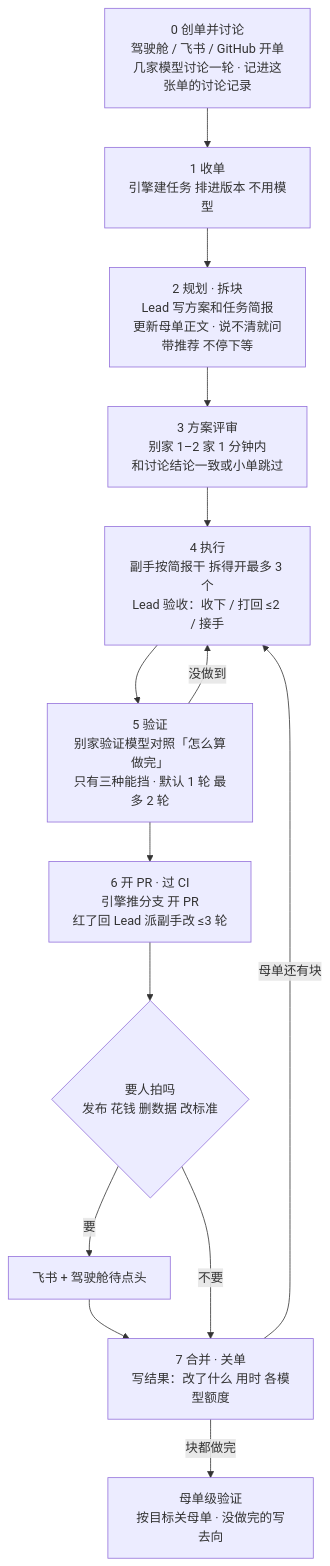
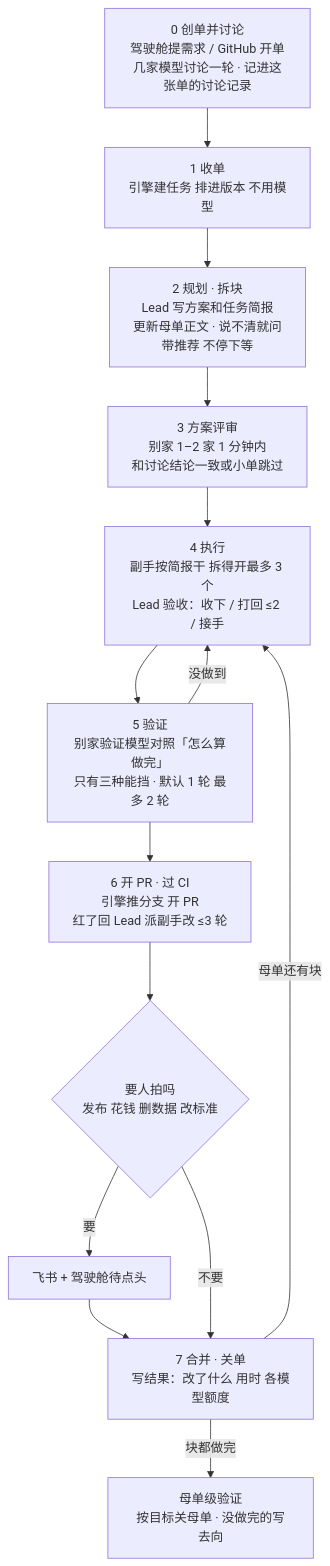
The second of 2 diagrams in docs/design.md (thoerwink8/fleet-dao), drawn with Mermaid before and after one commit. The commit also changed other lines of this file and 3 other files, not shown here.

````diff
--- a/docs/design.md
+++ b/docs/design.md
@@ -185,15 +185,15 @@
 ```mermaid
 flowchart TD
-  N[0 创单并讨论<br/>驾驶舱 / 飞书 / GitHub 开单<br/>几家模型讨论一轮 · 记进这张单的讨论记录] --> R[1 收单<br/>引擎建任务 排进版本 不用模型]
+  N[0 创单并讨论<br/>驾驶舱提需求 / GitHub 开单<br/>几家模型讨论一轮 · 记进这张单的讨论记录] --> R[1 收单<br/>引擎建任务 排进版本 不用模型]
   R --> P[2 规划 · 拆块<br/>Lead 写方案和任务简报<br/>更新母单正文 · 说不清就问<br/>带推荐 不停下等]
   P --> RV[3 方案评审<br/>别家 1–2 家 1 分钟内<br/>和讨论结论一致或小单跳过]
   RV --> X[4 执行<br/>副手按简报干 拆得开最多 3 个<br/>Lead 验收：收下 / 打回 ≤2 / 接手]
   X --> V[5 验证<br/>别家验证模型对照「怎么算做完」<br/>只有三种能挡 · 默认 1 轮 最多 2 轮]
   V -- 没做到 --> X
   V --> PR[6 开 PR · 过 CI<br/>引擎推分支 开 PR<br/>红了回 Lead 派副手改 ≤3 轮]
   PR --> G{要人拍吗<br/>发布 花钱 删数据 改标准}
   G -- 要 --> HN[飞书 + 驾驶舱待点头] --> M
   G -- 不要 --> M[7 合并 · 关单<br/>写结果：改了什么 用时 各模型额度]
   M -- 母单还有块 --> X
   M -- 块都做完 --> MV[母单级验证<br/>按目标关母单 · 没做完的写去向]
 ```
````
